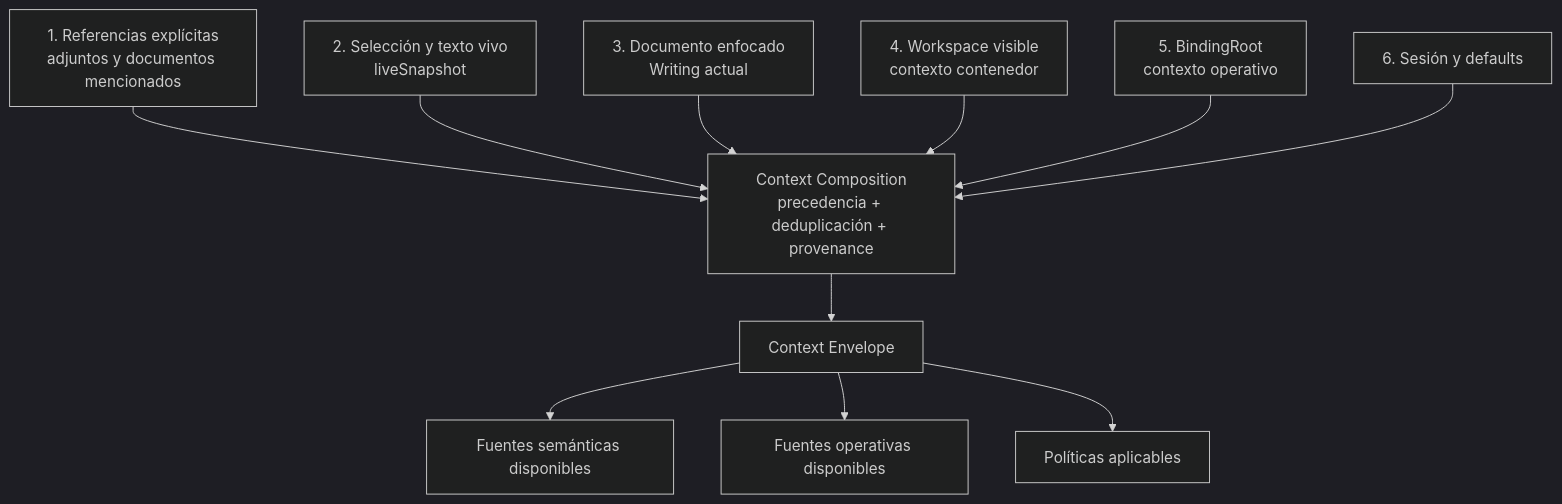
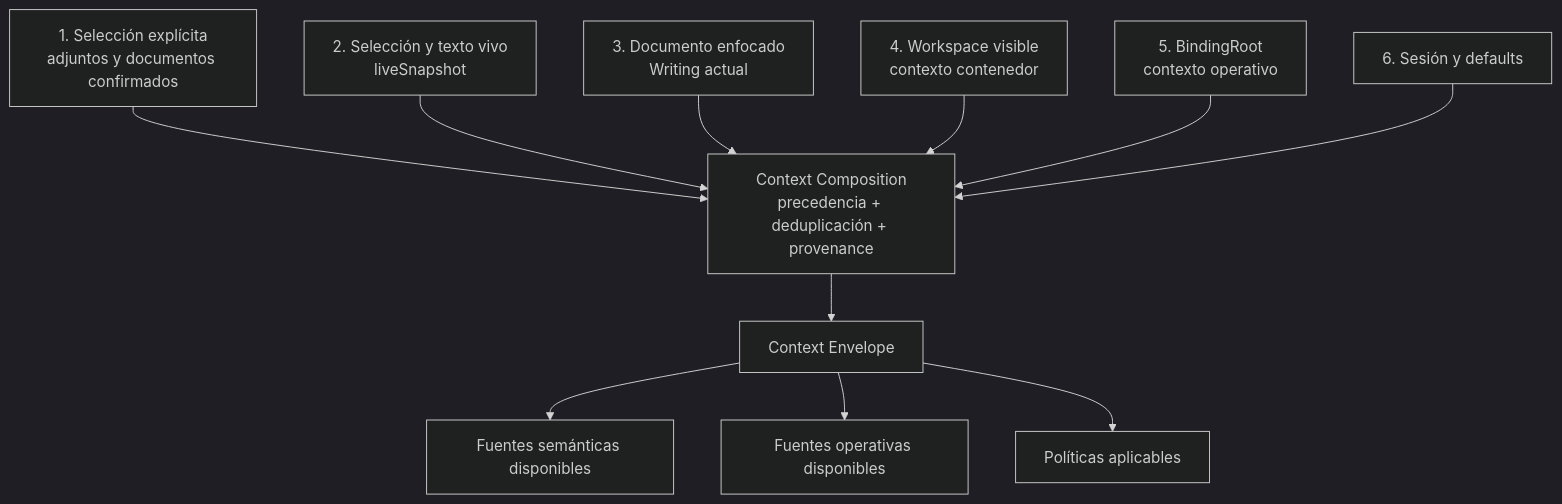
One commit to hugomarin/Odessay changed the first of 2 diagrams in workflow/context/features/agents/odessay-agent-context.md. Above: the diagram before and after it, drawn with Mermaid (dark theme). The commit also changed other lines of this file and 6 other files, not shown here.

````diff
--- a/workflow/context/features/agents/odessay-agent-context.md
+++ b/workflow/context/features/agents/odessay-agent-context.md
@@ -112,14 +112,14 @@
 ```mermaid
 flowchart TD
-  EXPLICIT["1. Referencias explícitas<br/>adjuntos y documentos mencionados"] --> COMPOSE
+  EXPLICIT["1. Selección explícita<br/>adjuntos y documentos confirmados"] --> COMPOSE
   LIVE["2. Selección y texto vivo<br/>liveSnapshot"] --> COMPOSE
   FOCUS["3. Documento enfocado<br/>Writing actual"] --> COMPOSE
   WORKSPACE["4. Workspace visible<br/>contexto contenedor"] --> COMPOSE
   ROOT["5. BindingRoot<br/>contexto operativo"] --> COMPOSE
   SESSION["6. Sesión y defaults"] --> COMPOSE
 
   COMPOSE["Context Composition<br/>precedencia + deduplicación + provenance"] --> ENV["Context Envelope"]
   ENV --> SEM["Fuentes semánticas disponibles"]
   ENV --> OPS["Fuentes operativas disponibles"]
   ENV --> POL["Políticas aplicables"]
 ```
````
